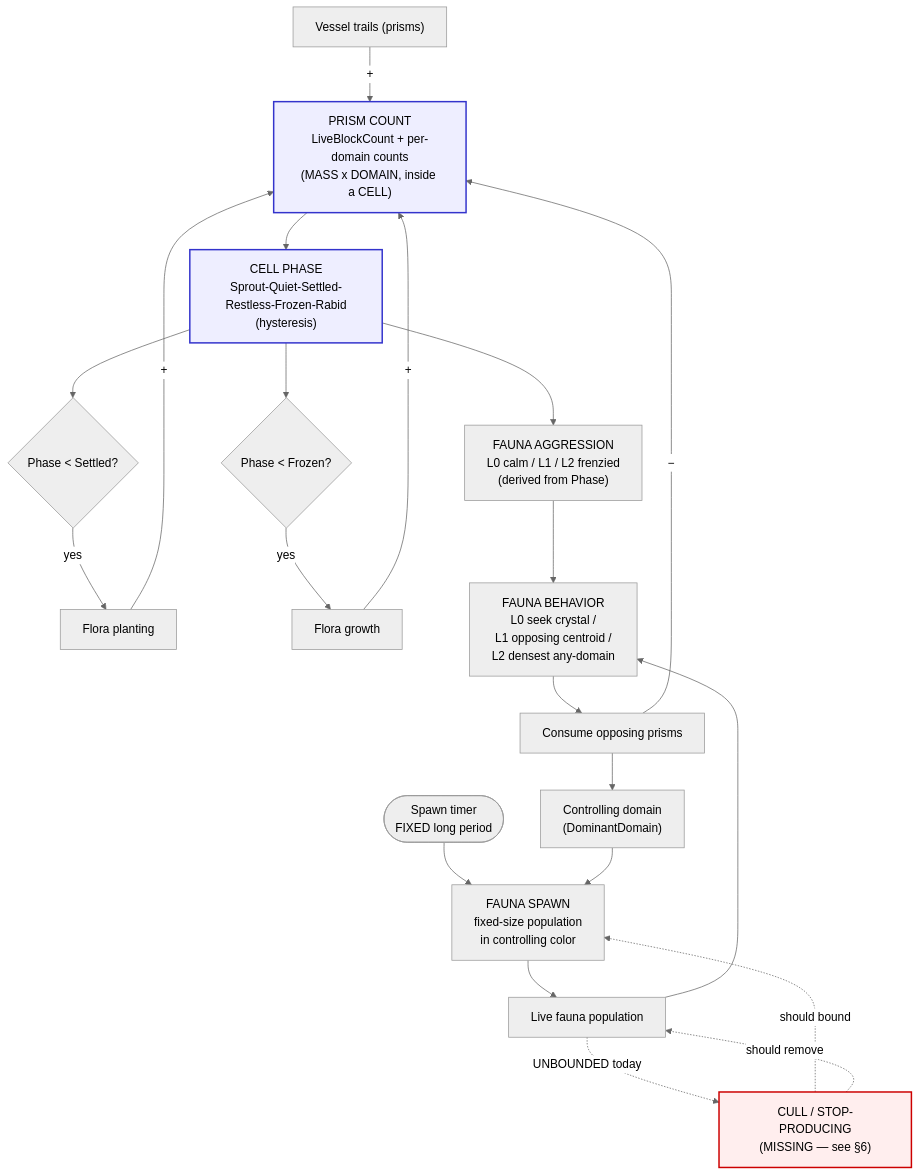
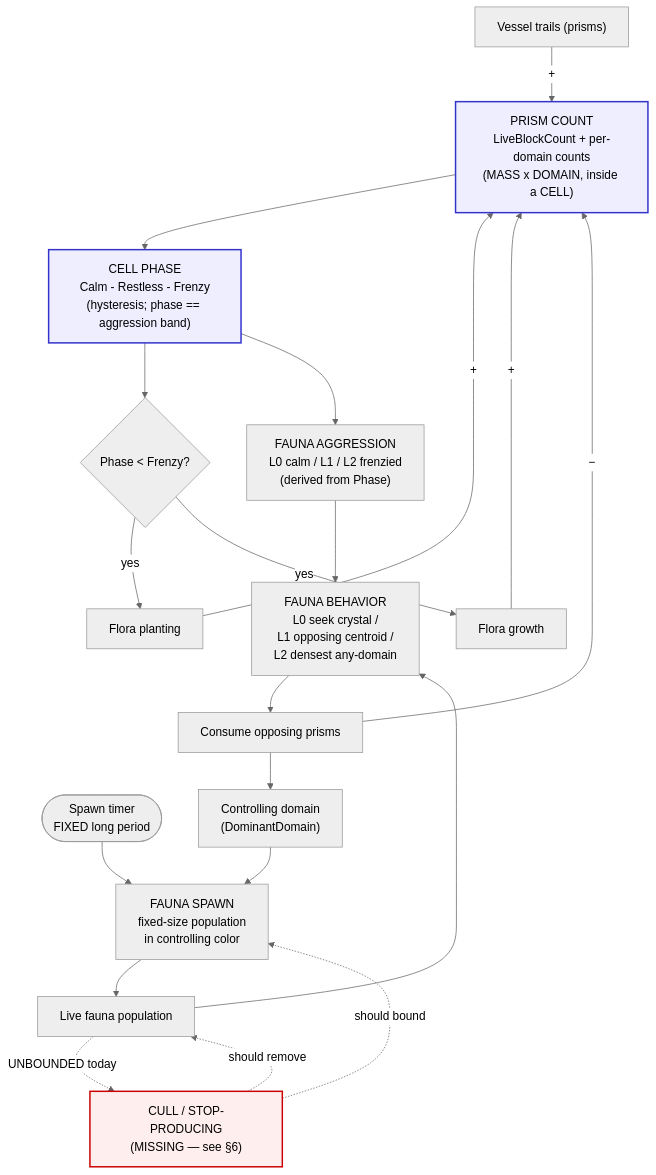
Before and after one commit to froglet-studio/Cosmic-Shore: the first of 2 diagrams in Docs/ECOSYSTEM.md, drawn with Mermaid (neutral theme). The commit also changed other lines of this file and 25 other files, not shown here.

````diff
--- a/Docs/ECOSYSTEM.md
+++ b/Docs/ECOSYSTEM.md
@@ -73,40 +98,39 @@
 ```mermaid
 flowchart TD
     TRAIL["Vessel trails (prisms)"] -->|+| COUNT
     FPLANT["Flora planting"] -->|+| COUNT
     FGROW["Flora growth"] -->|+| COUNT
 
     COUNT["PRISM COUNT<br/>LiveBlockCount + per-domain counts<br/>(MASS x DOMAIN, inside a CELL)"]
-    COUNT --> PHASE["CELL PHASE<br/>Sprout-Quiet-Settled-Restless-Frozen-Rabid<br/>(hysteresis)"]
+    COUNT --> PHASE["CELL PHASE<br/>Calm - Restless - Frenzy<br/>(hysteresis; phase == aggression band)"]
 
-    %% Flora is self-limiting via phase gates (negative feedback)
-    PHASE --> GPLANT{"Phase &lt; Settled?"}
-    GPLANT -->|yes| FPLANT
-    PHASE --> GGROW{"Phase &lt; Frozen?"}
+    %% Flora grow + plant at a steady rate until Frenzy (ONE gate, no self-limit)
+    PHASE --> GGROW{"Phase &lt; Frenzy?"}
+    GGROW -->|yes| FPLANT
     GGROW -->|yes| FGROW
 
     %% Aggression is the ONLY thing prism count feeds into fauna (per redesign)
     PHASE --> AGGRO["FAUNA AGGRESSION<br/>L0 calm / L1 / L2 frenzied<br/>(derived from Phase)"]
 
     %% Fauna spawn is timer-driven, fixed period + fixed population
     TIMER(["Spawn timer<br/>FIXED long period"]) --> SPAWN
     DOM["Controlling domain<br/>(DominantDomain)"] --> SPAWN
     SPAWN["FAUNA SPAWN<br/>fixed-size population<br/>in controlling color"]
 
     SPAWN --> POP["Live fauna population"]
     AGGRO --> BEHAVE
     POP --> BEHAVE["FAUNA BEHAVIOR<br/>L0 seek crystal /<br/>L1 opposing centroid /<br/>L2 densest any-domain"]
     BEHAVE --> CONSUME["Consume opposing prisms"]
     CONSUME -->|−| COUNT
     CONSUME --> DOM
 
     %% The missing negative feedback on population
     POP -.->|UNBOUNDED today| CULL["CULL / STOP-PRODUCING<br/>(MISSING — see §6)"]
     CULL -.->|should bound| SPAWN
     CULL -.->|should remove| POP
 
     classDef missing fill:#fee,stroke:#c00,stroke-width:2px;
     classDef state fill:#eef,stroke:#33c,stroke-width:2px;
     class CULL missing;
     class COUNT,PHASE state;
 ```
````
